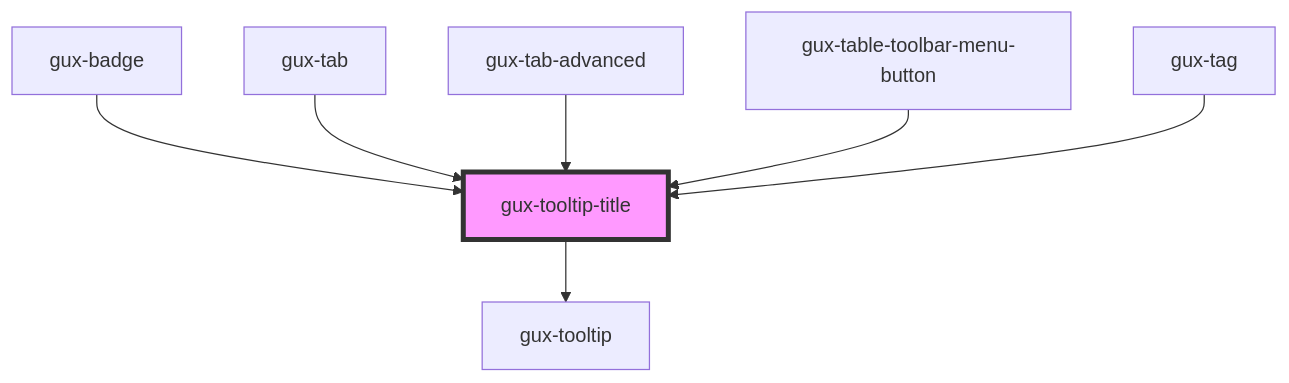
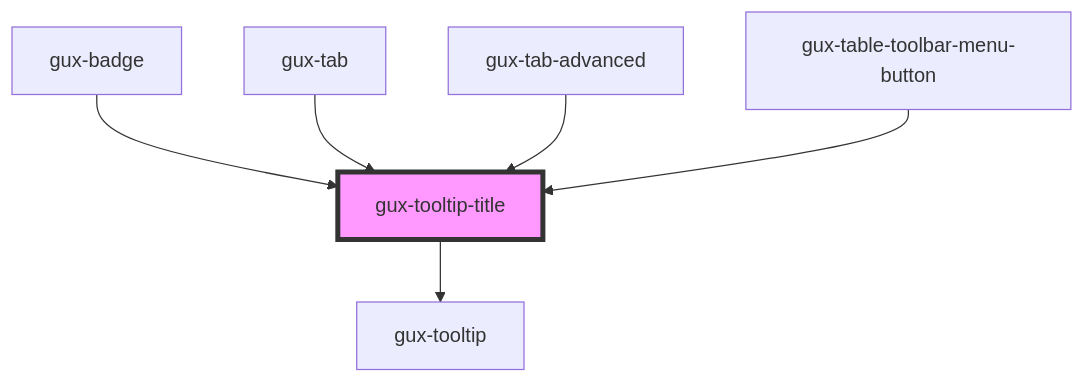
The diagram in packages/genesys-spark-components/src/components/stable/gux-tooltip-title/readme.md (MyPureCloud/genesys-spark), drawn with Mermaid before and after one commit. The commit also changed other lines of this file and 4 other files, not shown here.

Commit message:
fix(tag): replacing gux-tooltip-title with gux-truncate

````diff
--- a/packages/genesys-spark-components/src/components/stable/gux-tooltip-title/readme.md
+++ b/packages/genesys-spark-components/src/components/stable/gux-tooltip-title/readme.md
@@ -46,10 +45,9 @@
 ```mermaid
 graph TD;
   gux-tooltip-title --> gux-tooltip
   gux-badge --> gux-tooltip-title
   gux-tab --> gux-tooltip-title
   gux-tab-advanced --> gux-tooltip-title
   gux-table-toolbar-menu-button --> gux-tooltip-title
-  gux-tag --> gux-tooltip-title
   style gux-tooltip-title fill:#f9f,stroke:#333,stroke-width:4px
 ```
````
